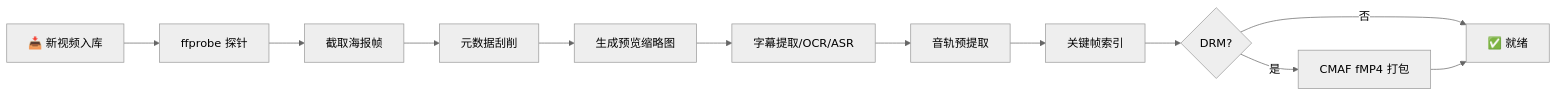
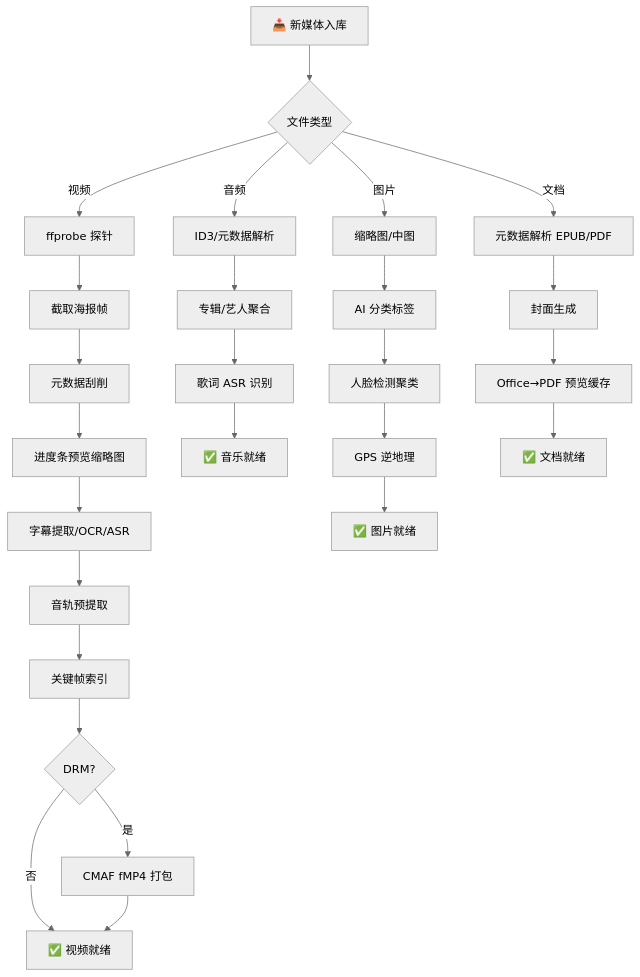
Before and after one commit to knoxmedia/Vauldy: the third of 6 diagrams in README.md, drawn with Mermaid (neutral theme). The commit also changed other lines of this file, not shown here.

````diff
--- a/README.md
+++ b/README.md
@@ -136,14 +144,28 @@
 ```mermaid
-flowchart LR
-  Ingest["📥 新视频入库"] --> Probe["ffprobe 探针"]
-  Probe --> Poster["截取海报帧"]
+flowchart TB
+  Ingest["📥 新媒体入库"] --> Type{"文件类型"}
+  Type -->|视频| VProbe["ffprobe 探针"]
+  VProbe --> Poster["截取海报帧"]
   Poster --> Scrape["元数据刮削"]
-  Scrape --> Preview["生成预览缩略图"]
+  Scrape --> Preview["进度条预览缩略图"]
   Preview --> Sub["字幕提取/OCR/ASR"]
   Sub --> Audio["音轨预提取"]
   Audio --> KF["关键帧索引"]
   KF --> DRM{"DRM?"}
   DRM -->|是| Package["CMAF fMP4 打包"]
-  DRM -->|否| Done["✅ 就绪"]
-  Package --> Done
+  DRM -->|否| VDone["✅ 视频就绪"]
+  Package --> VDone
+  Type -->|音频| MProbe["ID3/元数据解析"]
+  MProbe --> Album["专辑/艺人聚合"]
+  Album --> Lyric["歌词 ASR 识别"]
+  Lyric --> MDone["✅ 音乐就绪"]
+  Type -->|图片| IThumb["缩略图/中图"]
+  IThumb --> PClass["AI 分类标签"]
+  PClass --> PFace["人脸检测聚类"]
+  PFace --> PGeo["GPS 逆地理"]
+  PGeo --> IDone["✅ 图片就绪"]
+  Type -->|文档| DParse["元数据解析 EPUB/PDF"]
+  DParse --> DCover["封面生成"]
+  DCover --> DPrev["Office→PDF 预览缓存"]
+  DPrev --> DDone["✅ 文档就绪"]
 ```
````
